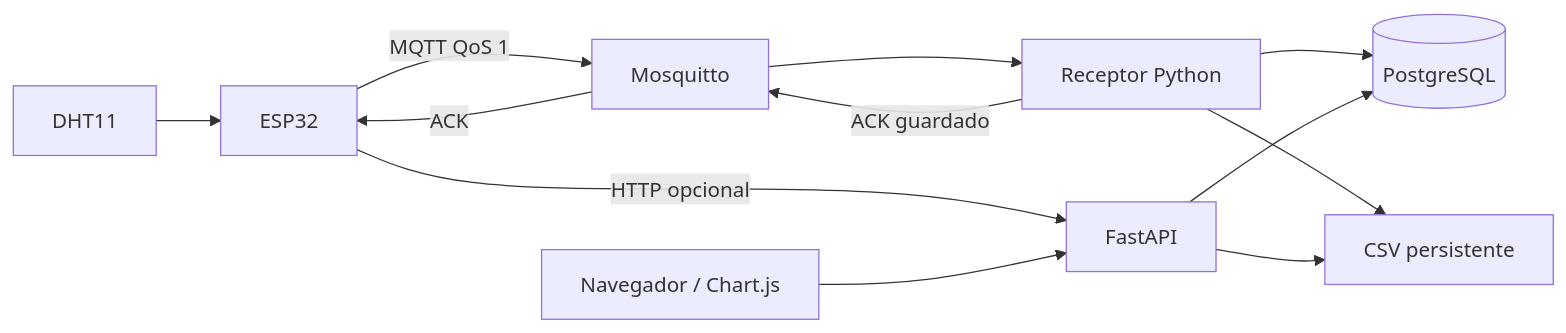
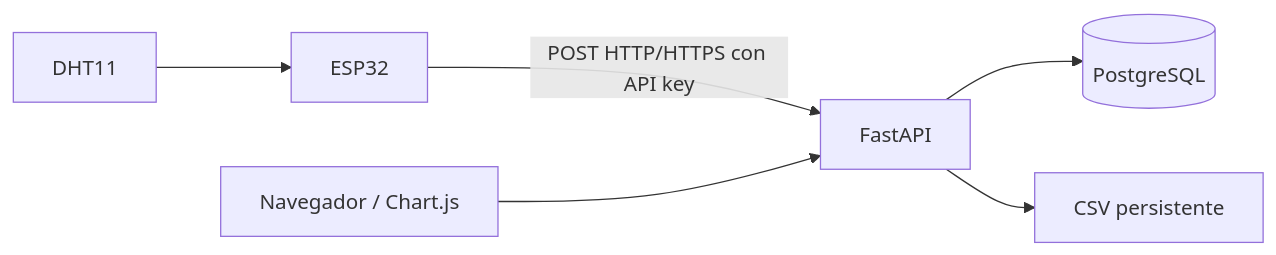
The diagram in docs/architecture.md (didcasva/Actividad_1_IoT_IA), drawn with Mermaid before and after one commit. The commit also changed other lines of this file and 31 other files, not shown here.

First line of the commit message:
Dejar la rama solo con envio HTTP y HTTPS

````diff
--- a/docs/architecture.md
+++ b/docs/architecture.md
@@ -5,14 +5,8 @@
 ```mermaid
 flowchart LR
   DHT11 --> ESP32
-  ESP32 -->|MQTT QoS 1| Broker[Mosquitto]
-  Broker --> Worker[Receptor Python]
-  Worker --> PG
-  Worker --> CSV
-  Worker -->|ACK guardado| Broker
-  Broker -->|ACK| ESP32
-  ESP32 -->|HTTP opcional| API[FastAPI]
+  ESP32 -->|POST HTTP/HTTPS con API key| API[FastAPI]
   API --> PG[(PostgreSQL)]
   API --> CSV[CSV persistente]
   Browser[Navegador / Chart.js] --> API
 ```
````
